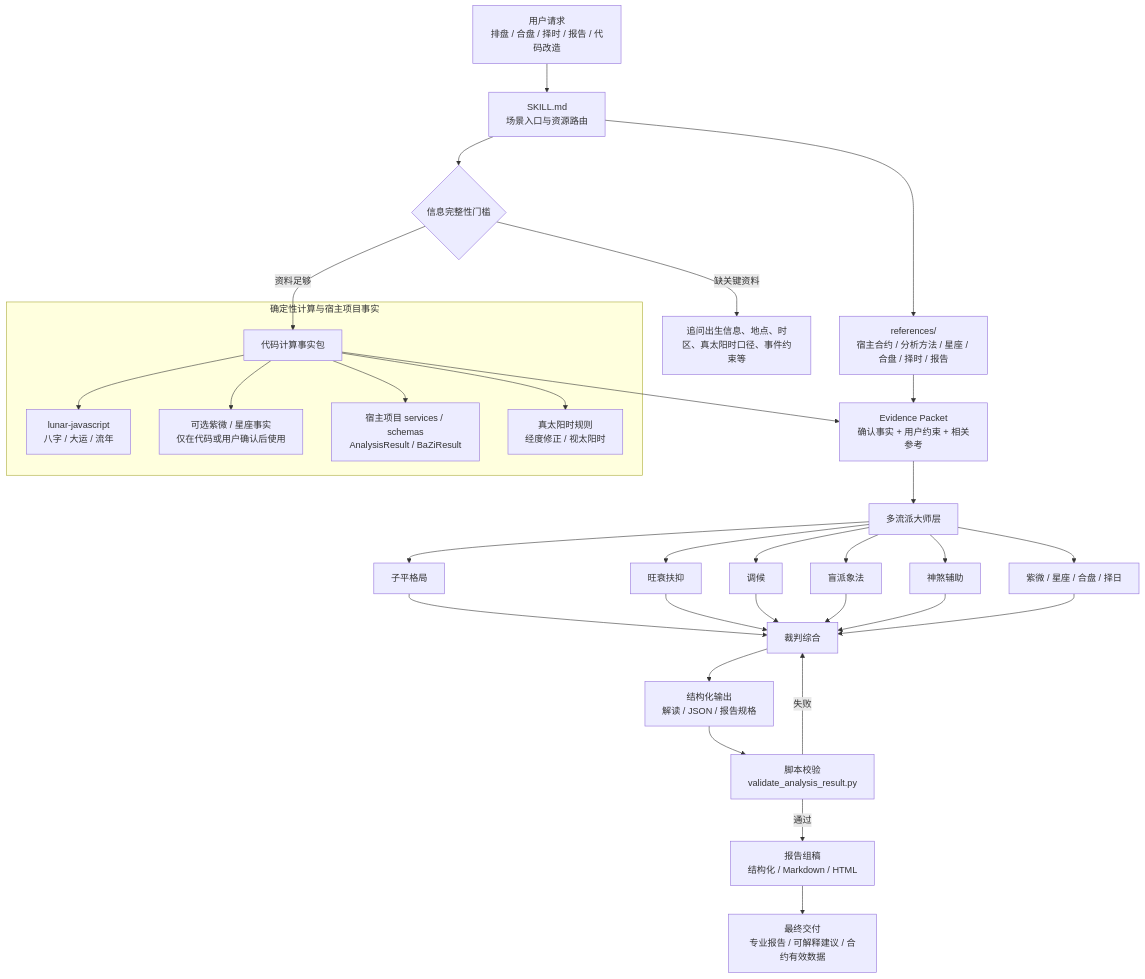
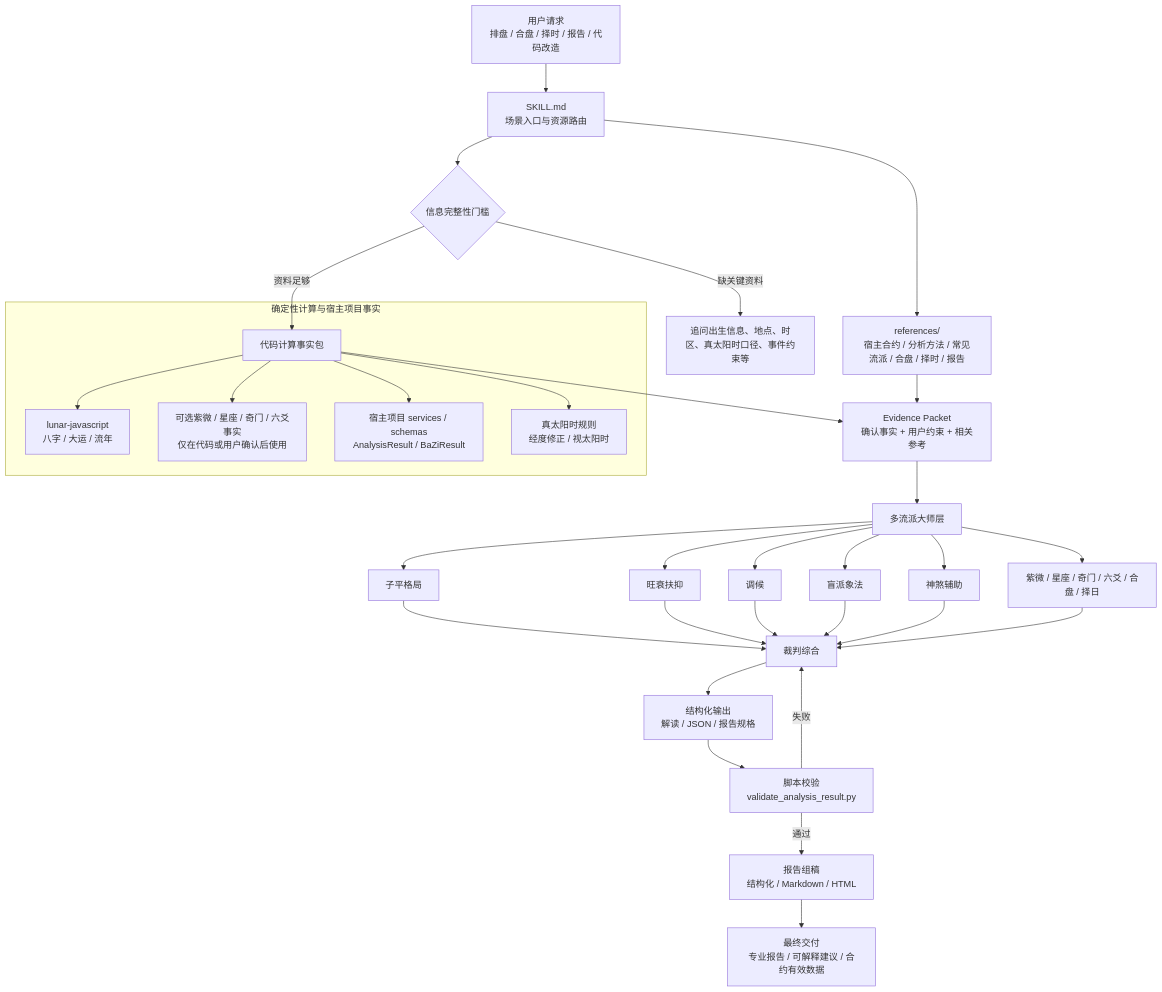
One commit to xuemian168/bazi-skill changed the diagram in README.md. Above: the diagram before and after it, drawn with Mermaid. The commit also changed other lines of this file and 21 other files, not shown here.

````diff
--- a/README.md
+++ b/README.md
@@ -82,39 +82,39 @@
 ```mermaid
 flowchart TD
     A["用户请求<br/>排盘 / 合盘 / 择时 / 报告 / 代码改造"] --> B["SKILL.md<br/>场景入口与资源路由"]
     B --> C{"信息完整性门槛"}
     C -->|缺关键资料| C1["追问出生信息、地点、时区、真太阳时口径、事件约束等"]
     C -->|资料足够| D["代码计算事实包"]
 
     subgraph S1["确定性计算与宿主项目事实"]
         D --> D1["lunar-javascript<br/>八字 / 大运 / 流年"]
-        D --> D2["可选紫微 / 星座事实<br/>仅在代码或用户确认后使用"]
+        D --> D2["可选紫微 / 星座 / 奇门 / 六爻事实<br/>仅在代码或用户确认后使用"]
         D --> D3["宿主项目 services / schemas<br/>AnalysisResult / BaZiResult"]
         D --> D4["真太阳时规则<br/>经度修正 / 视太阳时"]
     end
 
     D --> E["Evidence Packet<br/>确认事实 + 用户约束 + 相关参考"]
-    B --> R["references/<br/>宿主合约 / 分析方法 / 星座 / 合盘 / 择时 / 报告"]
+    B --> R["references/<br/>宿主合约 / 分析方法 / 常见流派 / 合盘 / 择时 / 报告"]
     R --> E
 
     E --> F["多流派大师层"]
     F --> F1["子平格局"]
     F --> F2["旺衰扶抑"]
     F --> F3["调候"]
     F --> F4["盲派象法"]
     F --> F5["神煞辅助"]
-    F --> F6["紫微 / 星座 / 合盘 / 择日"]
+    F --> F6["紫微 / 星座 / 奇门 / 六爻 / 合盘 / 择日"]
 
     F1 --> G["裁判综合"]
     F2 --> G
     F3 --> G
     F4 --> G
     F5 --> G
     F6 --> G
 
     G --> H["结构化输出<br/>解读 / JSON / 报告规格"]
     H --> I["脚本校验<br/>validate_analysis_result.py"]
     I -->|通过| J["报告组稿<br/>结构化 / Markdown / HTML"]
     I -->|失败| G
     J --> K["最终交付<br/>专业报告 / 可解释建议 / 合约有效数据"]
 ```
````
